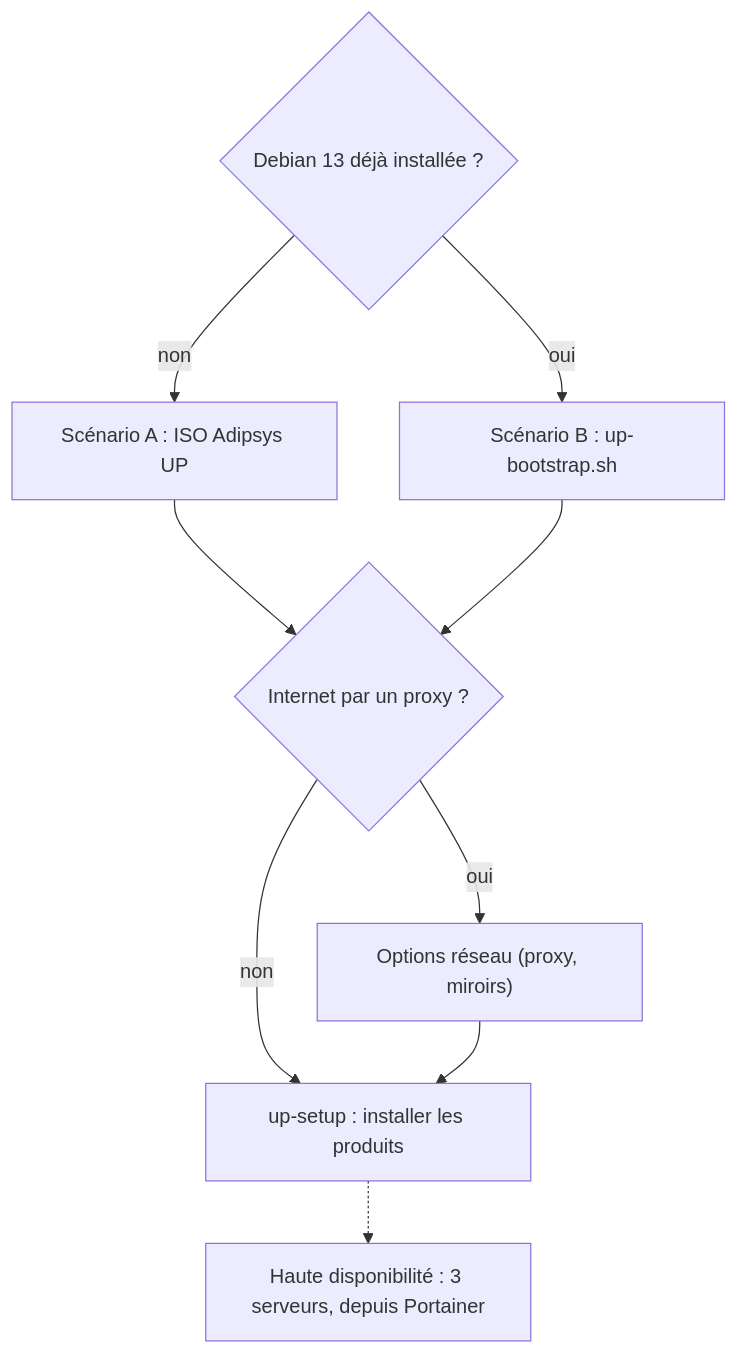
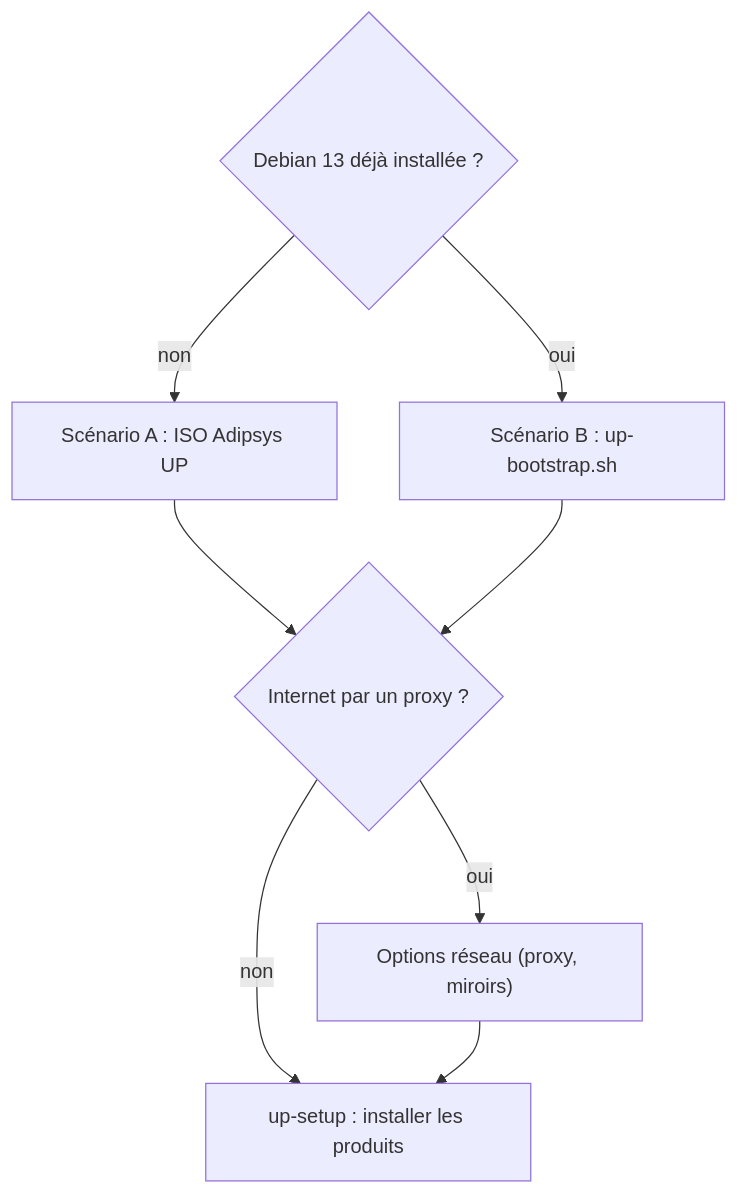
Before and after one commit to Adipsys/public: the diagram in docs/guide-installation.md, drawn with Mermaid. The commit also changed other lines of this file and 2 other files, not shown here.

Commit message:
Docs : retire la haute disponibilité des guides clients (mise en place accompagnée par le support)

````diff
--- a/docs/guide-installation.md
+++ b/docs/guide-installation.md
@@ -23,12 +22,11 @@
 ```mermaid
 flowchart TD
     Q1{"Debian 13 déjà installée ?"}
     Q1 -- non --> A["Scénario A : ISO Adipsys UP"]
     Q1 -- oui --> B["Scénario B : up-bootstrap.sh"]
     A --> Q2{"Internet par un proxy ?"}
     B --> Q2
     Q2 -- oui --> P["Options réseau (proxy, miroirs)"]
     Q2 -- non --> S["up-setup : installer les produits"]
     P --> S
-    S -.-> HA["Haute disponibilité : 3 serveurs, depuis Portainer"]
 ```
````
